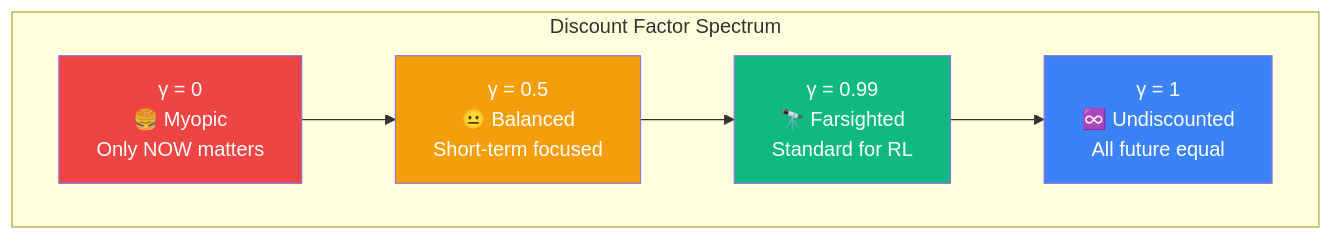
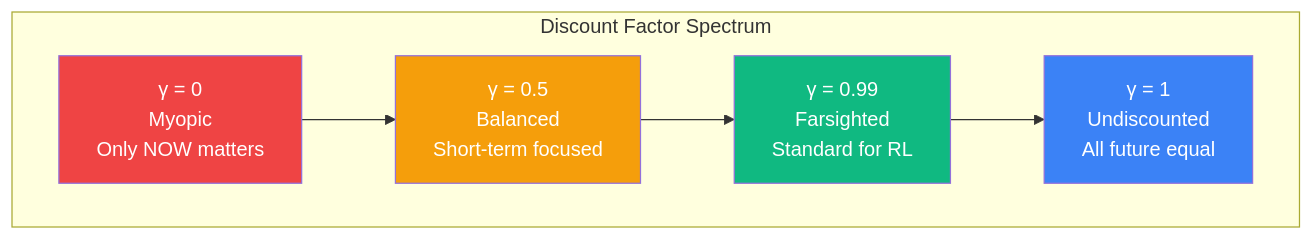
Before and after one commit to Abhijit1102/reinforcement_learning: the eighth of 9 diagrams in 02_Markov_Decision_Process(MDPs)/README.md, drawn with Mermaid. The commit also changed other lines of this file, not shown here.

Commit message:
chapter 2 readme imporve mermaid

````diff
--- a/02_Markov_Decision_Process(MDPs)/README.md
+++ b/02_Markov_Decision_Process(MDPs)/README.md
@@ -195,18 +195,18 @@
 ```mermaid
 graph TD
     subgraph "Discount Factor Spectrum"
         direction LR
 
-        G0["γ = 0<br/>🍔 Myopic<br/>Only NOW matters"]
-        G5["γ = 0.5<br/>😐 Balanced<br/>Short-term focused"]
-        G99["γ = 0.99<br/>🔭 Farsighted<br/>Standard for RL"]
-        G1["γ = 1<br/>♾️ Undiscounted<br/>All future equal"]
+        G0["γ = 0<br/>Myopic<br/>Only NOW matters"]
+        G5["γ = 0.5<br/>Balanced<br/>Short-term focused"]
+        G99["γ = 0.99<br/>Farsighted<br/>Standard for RL"]
+        G1["γ = 1<br/>Undiscounted<br/>All future equal"]
 
         G0 --> G5 --> G99 --> G1
     end
 
     style G0 fill:#ef4444,color:#fff
     style G5 fill:#f59e0b,color:#fff
     style G99 fill:#10b981,color:#fff
     style G1 fill:#3b82f6,color:#fff
 ```
````
